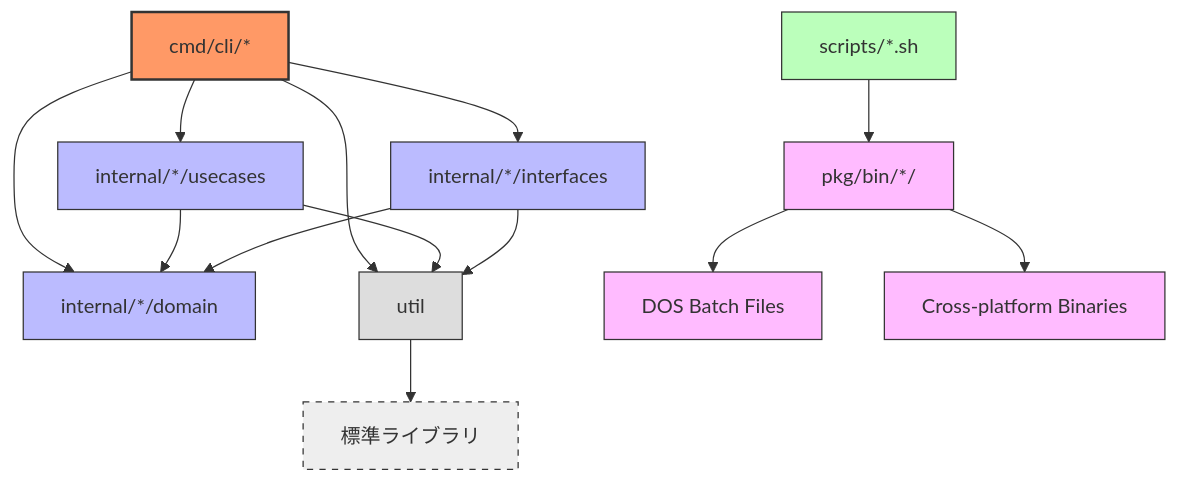
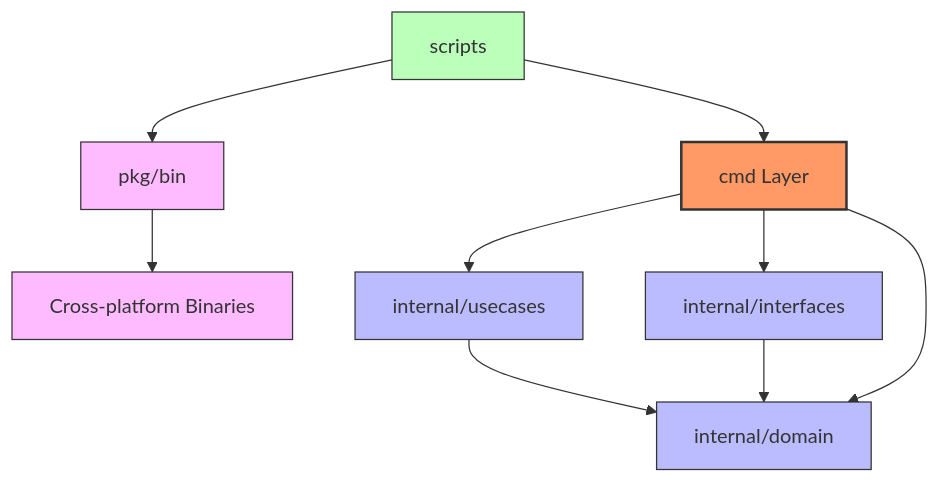
One commit to landmaster135/devbox changed the diagram in README.md. Above: the diagram before and after it, drawn with Mermaid. The commit also changed other lines of this file and 1 other file, not shown here.

Commit message:
docs: Simplify architecture diagram and update package descriptions

````diff
--- a/README.md
+++ b/README.md
@@ -61,38 +61,24 @@
 ```mermaid
 graph TD
-  A[cmd/cli/*] --> B[internal/*/usecases]
-  A --> C[internal/*/interfaces]
-  A --> D[internal/*/domain]
-  
-  B --> D
-  C --> D
-  
-  E[scripts/*.sh] --> F[pkg/bin/*/]
-  A --> G[util]
-  B --> G
-  C --> G
-  
-  F --> H[DOS Batch Files]
-  F --> I[Cross-platform Binaries]
-  
-  G --> J[標準ライブラリ]
+    A[cmd Layer] --> B[internal/usecases]
+    A --> C[internal/interfaces]
+    A --> D[internal/domain]
+    
+    B --> D
+    C --> D
+    
+    E[scripts] --> F[pkg/bin]
+    E --> A
+    
+    F --> H[Cross-platform Binaries]
 
-  %% Style Settings
-  classDef cmd fill:#f96,stroke:#333,stroke-width:2px;
-  classDef internal fill:#bbf,stroke:#333,stroke-width:1px;
-  classDef scripts fill:#bfb,stroke:#333,stroke-width:1px;
-  classDef pkg fill:#fbf,stroke:#333,stroke-width:1px;
-  classDef util fill:#ddd,stroke:#333,stroke-width:1px;
-  classDef stdlib fill:#eee,stroke:#333,stroke-width:1px,stroke-dasharray: 5 5;
+    classDef cmd fill:#f96,stroke:#333,stroke-width:2px;
+    classDef internal fill:#bbf,stroke:#333,stroke-width:1px;
+    classDef scripts fill:#bfb,stroke:#333,stroke-width:1px;
+    classDef pkg fill:#fbf,stroke:#333,stroke-width:1px;
 
-  class A cmd;
-  class B internal;
-  class C internal;
-  class D internal;
-  class E scripts;
-  class F pkg;
-  class G util;
-  class H pkg;
-  class I pkg;
-  class J stdlib;
+    class A cmd;
+    class B,C,D internal;
+    class E scripts;
+    class F,H pkg;
 ```
````
